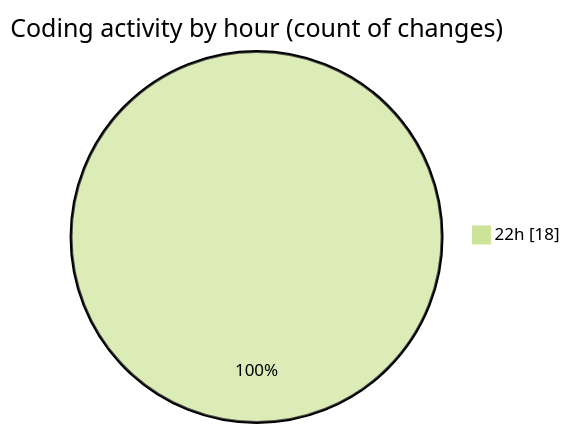
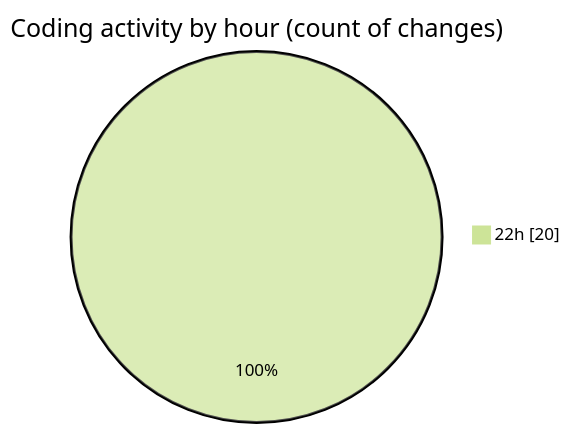
Before and after one commit to Ritupan-Deka/code-tracking: the second of 2 diagrams in 2025-10-08/url-shortener/README.md, drawn with Mermaid (forest theme). The commit also changed other lines of this file and 1 other file, not shown here.

````diff
--- a/2025-10-08/url-shortener/README.md
+++ b/2025-10-08/url-shortener/README.md
@@ -29,5 +30,5 @@
 ```mermaid
 pie showData
 title Coding activity by hour (count of changes)
-"22h" : 18
+"22h" : 20
 ```
````
